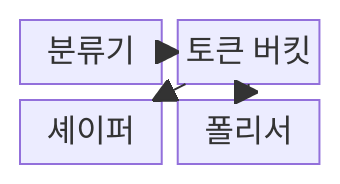
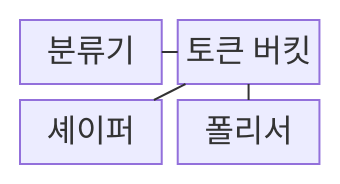
Before and after one commit to agnusdei1207/knowledge-base: the first of 2 diagrams in src/content/docs/notes/04-network/073_traffic_shaping_policing.md, drawn with Mermaid. The commit also changed other lines of this file and 493 other files, not shown here.

````diff
--- a/src/content/docs/notes/04-network/073_traffic_shaping_policing.md
+++ b/src/content/docs/notes/04-network/073_traffic_shaping_policing.md
@@ -63,11 +63,11 @@
 ```mermaid
 block-beta
     columns 2
     A["분류기"]
     B["토큰 버킷"]
     C["셰이퍼"]
     D["폴리서"]
-    A --> B
-    B --> C
-    B --> D
+    A --- B
+    B --- C
+    B --- D
 ```
````
